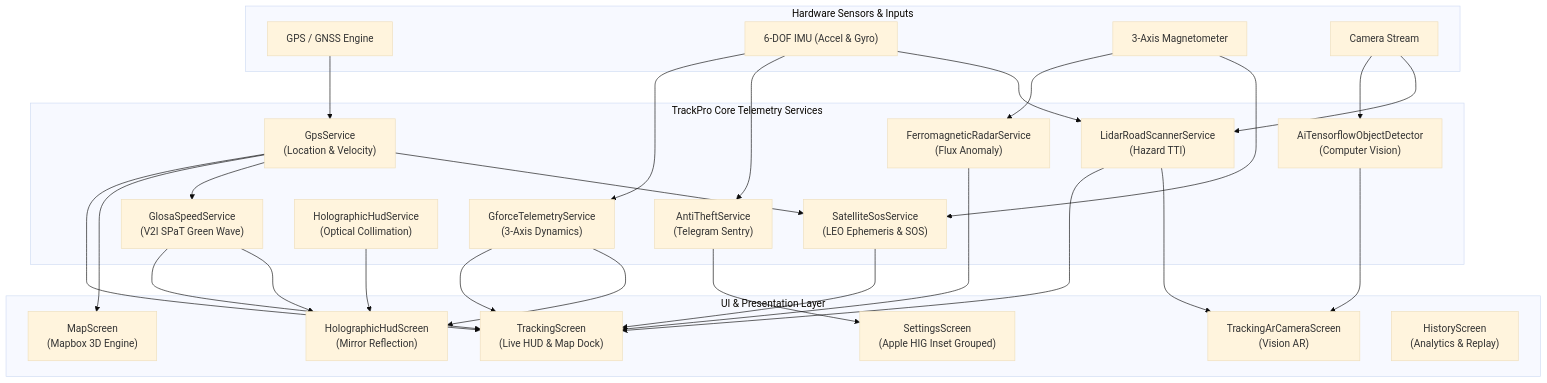
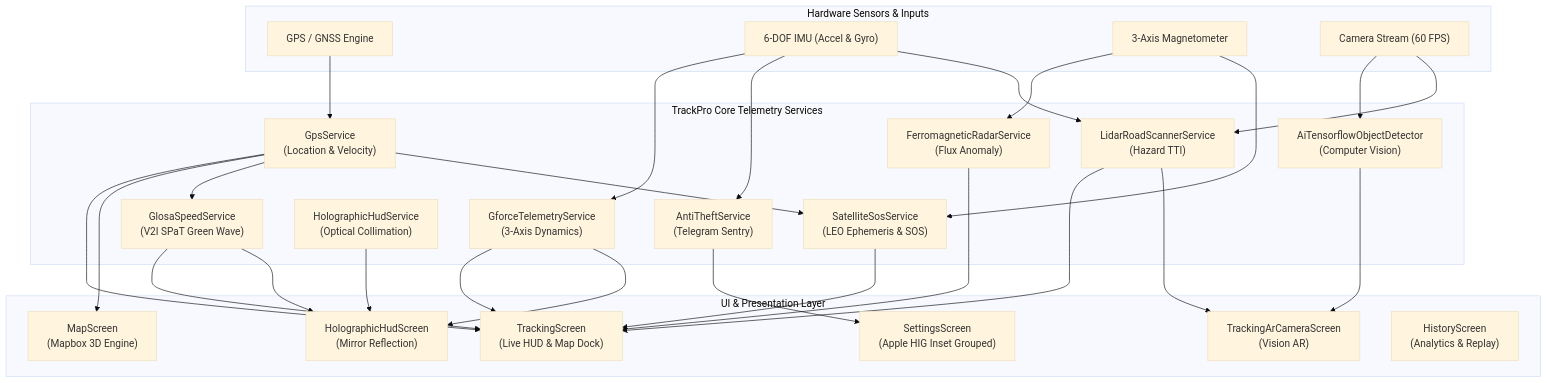
Before and after one commit to Heng-zm/gps: the first of 6 diagrams in README.md, drawn with Mermaid (base theme). The commit also changed other lines of this file, not shown here.

Commit message:
docs(readme): add interactive system architecture and visual workflow diagrams

````diff
--- a/README.md
+++ b/README.md
@@ -88,45 +98,45 @@
 ```mermaid
 flowchart TD
     subgraph HardwareSensors["Hardware Sensors & Inputs"]
         GPS["GPS / GNSS Engine"]
         IMU["6-DOF IMU (Accel & Gyro)"]
         MAG["3-Axis Magnetometer"]
-        CAM["Camera Stream"]
+        CAM["Camera Stream (60 FPS)"]
     end
 
     subgraph ServiceLayer["TrackPro Core Telemetry Services"]
         GPS_SVC["GpsService\n(Location & Velocity)"]
         GFORCE_SVC["GforceTelemetryService\n(3-Axis Dynamics)"]
         RADAR_SVC["FerromagneticRadarService\n(Flux Anomaly)"]
         SATELLITE_SVC["SatelliteSosService\n(LEO Ephemeris & SOS)"]
         GLOSA_SVC["GlosaSpeedService\n(V2I SPaT Green Wave)"]
         HUD_SVC["HolographicHudService\n(Optical Collimation)"]
         LIDAR_SVC["LidarRoadScannerService\n(Hazard TTI)"]
         SENTRY_SVC["AntiTheftService\n(Telegram Sentry)"]
         TFLITE_SVC["AiTensorflowObjectDetector\n(Computer Vision)"]
     end
 
     subgraph PresentationLayer["UI & Presentation Layer"]
         TRACKING_UI["TrackingScreen\n(Live HUD & Map Dock)"]
         AR_CAMERA_UI["TrackingArCameraScreen\n(Vision AR)"]
         HOLOGRAPHIC_UI["HolographicHudScreen\n(Mirror Reflection)"]
         MAP_3D_UI["MapScreen\n(Mapbox 3D Engine)"]
         SETTINGS_UI["SettingsScreen\n(Apple HIG Inset Grouped)"]
         HISTORY_UI["HistoryScreen\n(Analytics & Replay)"]
     end
 
     GPS --> GPS_SVC
     IMU --> GFORCE_SVC & SENTRY_SVC & LIDAR_SVC
     MAG --> RADAR_SVC & SATELLITE_SVC
     CAM --> TFLITE_SVC & LIDAR_SVC
 
     GPS_SVC --> TRACKING_UI & MAP_3D_UI & GLOSA_SVC & SATELLITE_SVC
     GFORCE_SVC --> TRACKING_UI & HOLOGRAPHIC_UI
     RADAR_SVC --> TRACKING_UI
     SATELLITE_SVC --> TRACKING_UI
     GLOSA_SVC --> TRACKING_UI & HOLOGRAPHIC_UI
     HUD_SVC --> HOLOGRAPHIC_UI
     LIDAR_SVC --> TRACKING_UI & AR_CAMERA_UI
     SENTRY_SVC --> SETTINGS_UI
     TFLITE_SVC --> AR_CAMERA_UI
 ```
````
